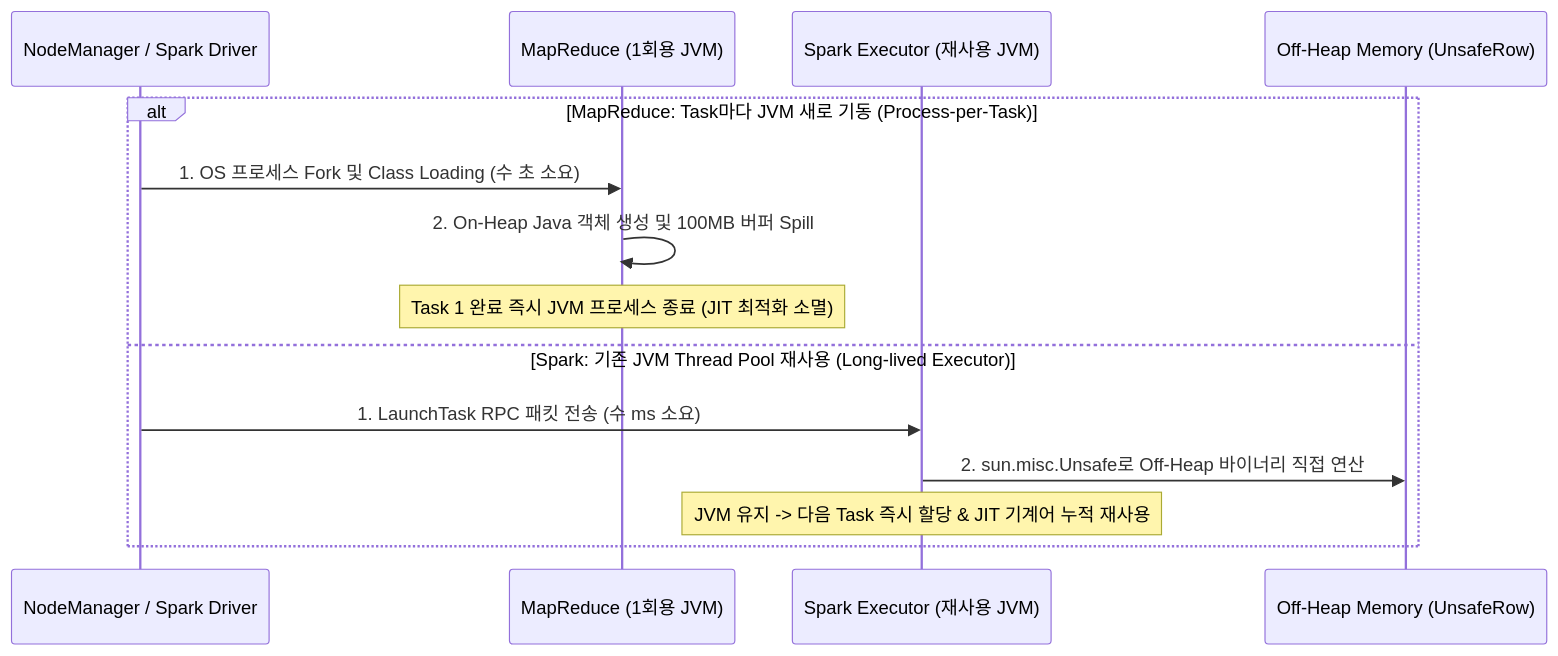
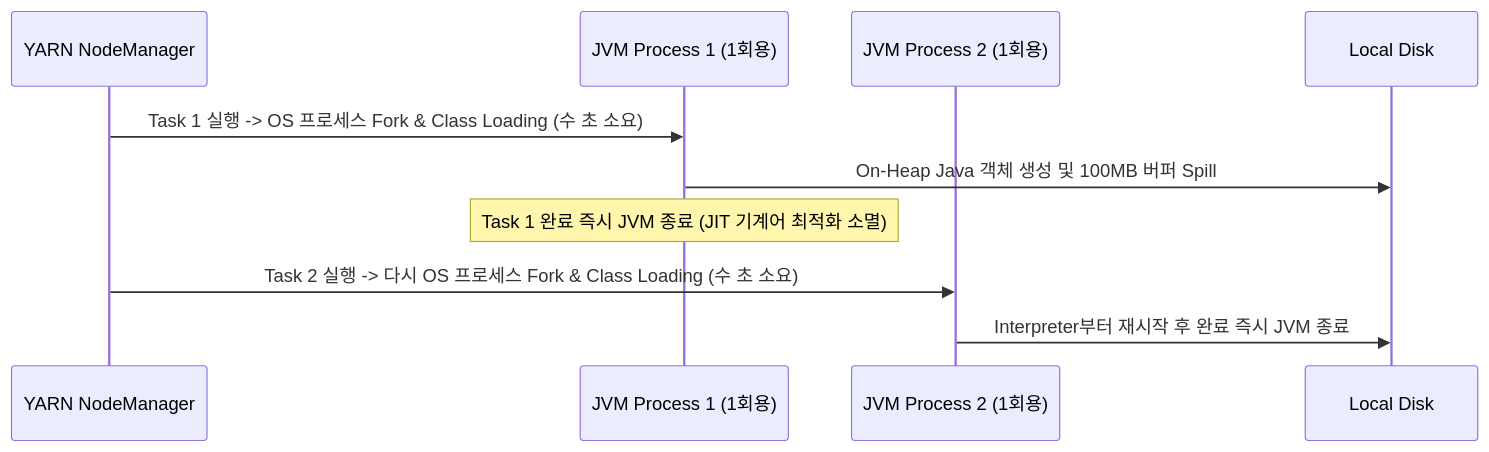
One commit to djpibo/djpibo.github.io changed the first of 12 diagrams in docs/dbms/distributed/mapreduce-spark-and-distributed-db-internals.md. Above: the diagram before and after it, drawn with Mermaid. The commit also changed other lines of this file, not shown here.

Commit message:
docs(mermaid): split Figure 1 into separate MapReduce and Spark sequence diagrams

````diff
--- a/docs/dbms/distributed/mapreduce-spark-and-distributed-db-internals.md
+++ b/docs/dbms/distributed/mapreduce-spark-and-distributed-db-internals.md
@@ -21,17 +21,14 @@
 ```mermaid
 sequenceDiagram
-    participant Master as NodeManager / Spark Driver
-    participant MR as MapReduce (1회용 JVM)
-    participant SP as Spark Executor (재사용 JVM)
-    participant Mem as Off-Heap Memory (UnsafeRow)
+    participant NM as YARN NodeManager
+    participant JVM1 as JVM Process 1 (1회용)
+    participant JVM2 as JVM Process 2 (1회용)
+    participant Disk as Local Disk
 
-    alt MapReduce: Task마다 JVM 새로 기동 (Process-per-Task)
-        Master->>MR: 1. OS 프로세스 Fork 및 Class Loading (수 초 소요)
-        MR->>MR: 2. On-Heap Java 객체 생성 및 100MB 버퍼 Spill
-        Note over MR: Task 1 완료 즉시 JVM 프로세스 종료 (JIT 최적화 소멸)
-    else Spark: 기존 JVM Thread Pool 재사용 (Long-lived Executor)
-        Master->>SP: 1. LaunchTask RPC 패킷 전송 (수 ms 소요)
-        SP->>Mem: 2. sun.misc.Unsafe로 Off-Heap 바이너리 직접 연산
-        Note over SP: JVM 유지 -> 다음 Task 즉시 할당 & JIT 기계어 누적 재사용
-    end
+    NM->>JVM1: Task 1 실행 -> OS 프로세스 Fork & Class Loading (수 초 소요)
+    JVM1->>Disk: On-Heap Java 객체 생성 및 100MB 버퍼 Spill
+    Note over JVM1: Task 1 완료 즉시 JVM 종료 (JIT 기계어 최적화 소멸)
+
+    NM->>JVM2: Task 2 실행 -> 다시 OS 프로세스 Fork & Class Loading (수 초 소요)
+    JVM2->>Disk: Interpreter부터 재시작 후 완료 즉시 JVM 종료
 ```
````
